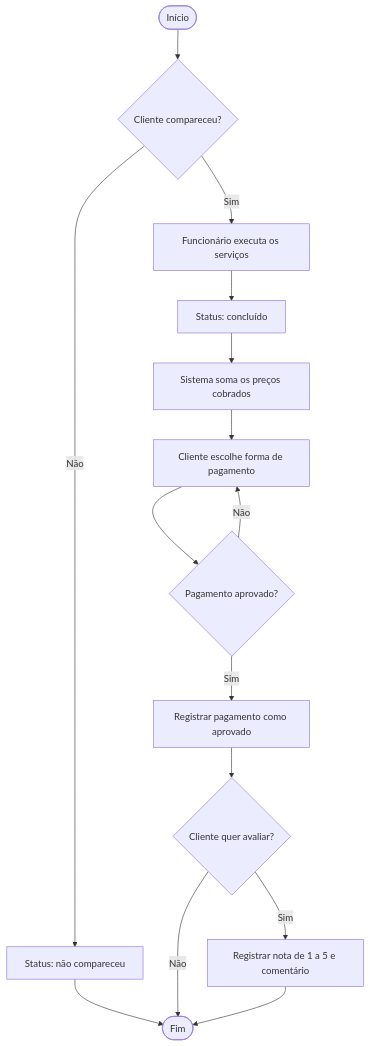
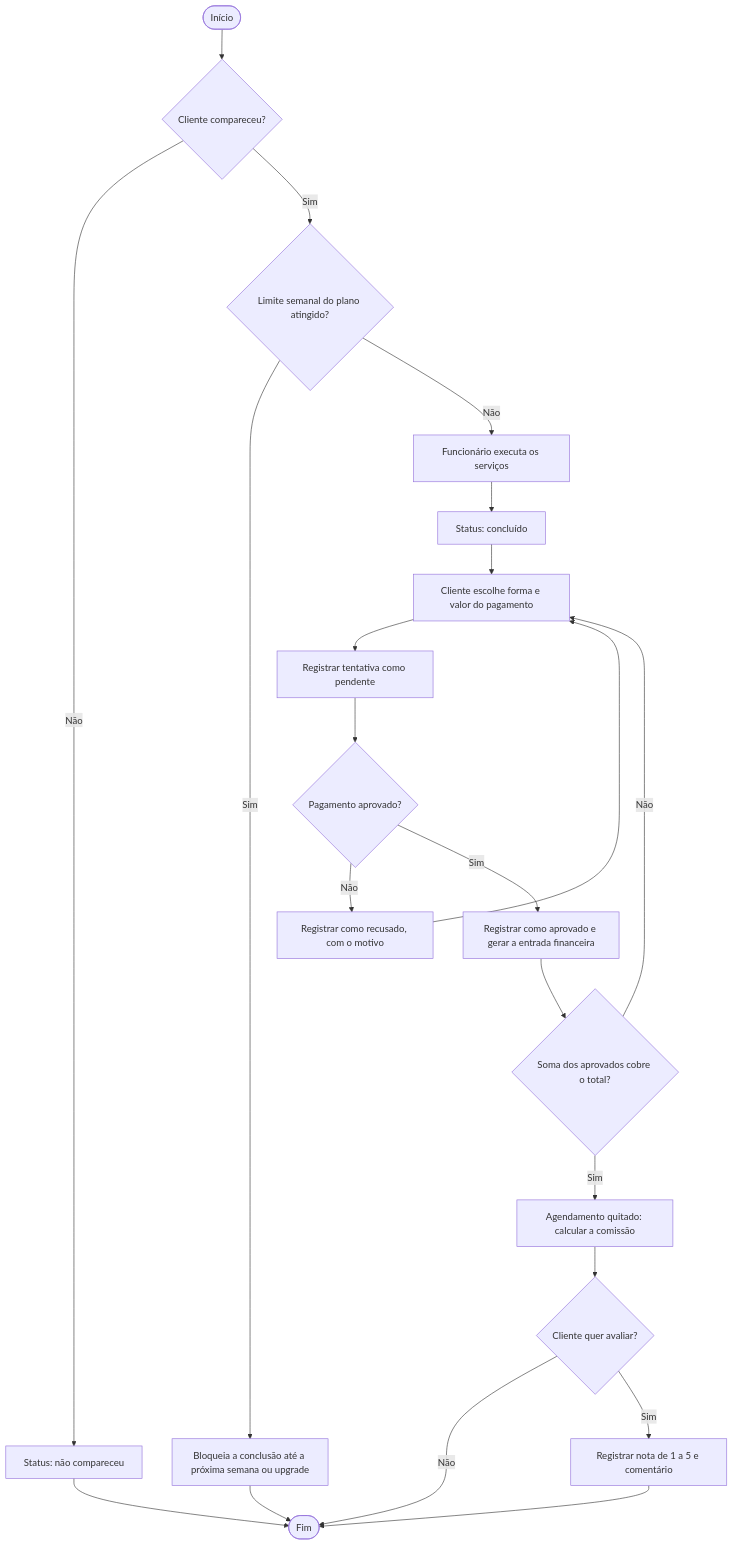
One commit to H3n2ry/code-e-corte-modelagem changed the third of 8 diagrams in README.md. Above: the diagram before and after it, drawn with Mermaid. The commit also changed other lines of this file and 1 other file, not shown here.

````diff
--- a/README.md
+++ b/README.md
@@ -270,17 +341,24 @@
 ```mermaid
 flowchart TD
-    A([Início]) --> B{Cliente compareceu?}
+    A([Início]) --> B{"Cliente compareceu?"}
     B -- Não --> C[Status: não compareceu]
     C --> Z([Fim])
-    B -- Sim --> D[Funcionário executa os serviços]
-    D --> E[Status: concluído]
-    E --> F[Sistema soma os preços cobrados]
-    F --> G[Cliente escolhe forma de pagamento]
-    G --> H{Pagamento aprovado?}
-    H -- Não --> G
-    H -- Sim --> I[Registrar pagamento como aprovado]
-    I --> J{Cliente quer avaliar?}
-    J -- Não --> Z
-    J -- Sim --> K[Registrar nota de 1 a 5 e comentário]
-    K --> Z
+    B -- Sim --> D{"Limite semanal do plano atingido?"}
+    D -- Sim --> D1["Bloqueia a conclusão até a próxima semana ou upgrade"]
+    D1 --> Z
+    D -- Não --> E[Funcionário executa os serviços]
+    E --> F[Status: concluído]
+    F --> G[Cliente escolhe forma e valor do pagamento]
+    G --> H["Registrar tentativa como pendente"]
+    H --> I{"Pagamento aprovado?"}
+    I -- Não --> J["Registrar como recusado, com o motivo"]
+    J --> G
+    I -- Sim --> K["Registrar como aprovado e gerar a entrada financeira"]
+    K --> L{"Soma dos aprovados cobre o total?"}
+    L -- Não --> G
+    L -- Sim --> M["Agendamento quitado: calcular a comissão"]
+    M --> N{"Cliente quer avaliar?"}
+    N -- Não --> Z
+    N -- Sim --> O[Registrar nota de 1 a 5 e comentário]
+    O --> Z
 ```
````
